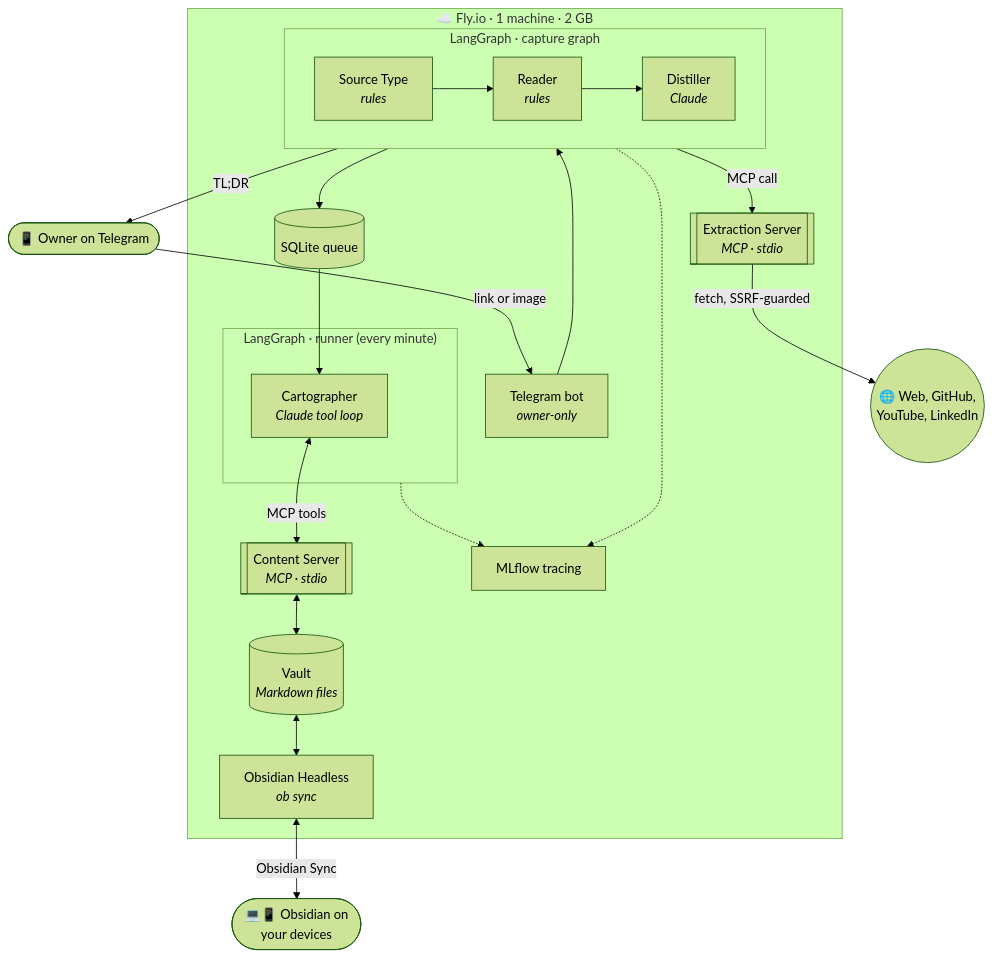
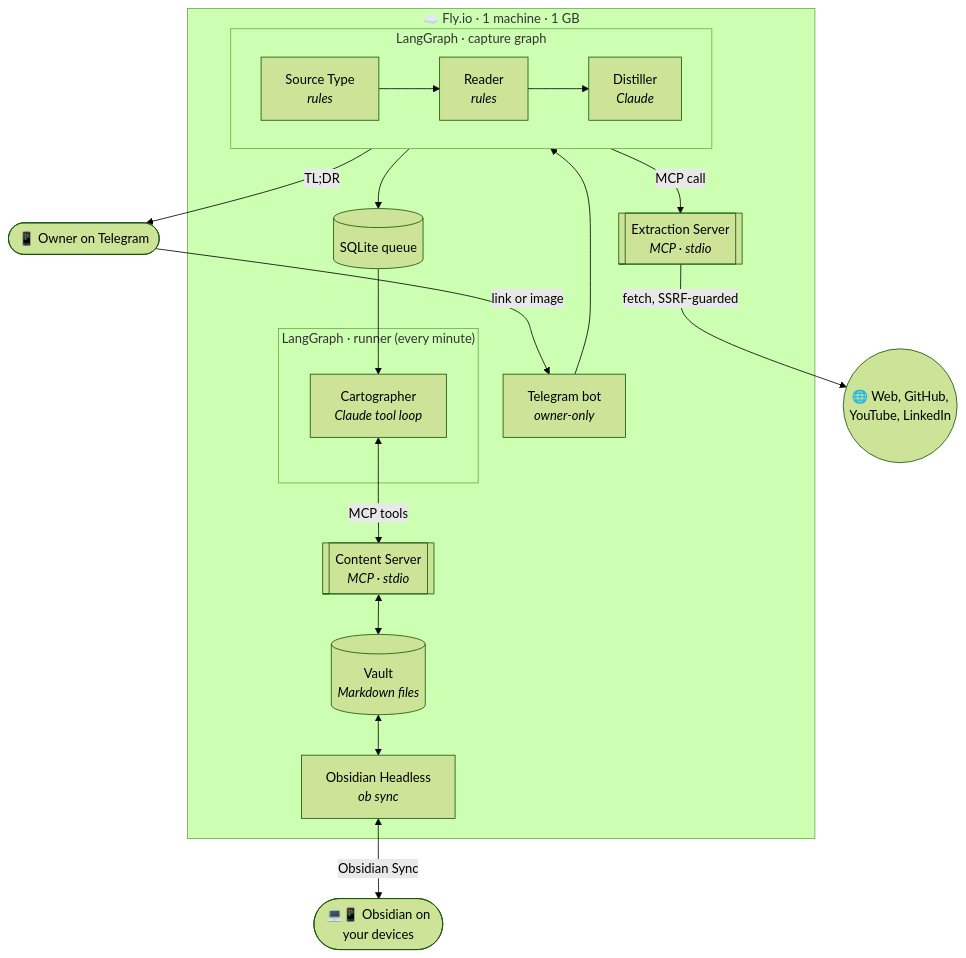
Before and after one commit to Joanna-Khek/synthora: the second of 4 diagrams in README.md, drawn with Mermaid (forest theme). The commit also changed other lines of this file and 5 other files, not shown here.

````diff
--- a/README.md
+++ b/README.md
@@ -61,37 +61,34 @@
 ```mermaid
 flowchart TB
     user(["📱 Owner on Telegram"])
     web(("🌐 Web, GitHub,<br/>YouTube, LinkedIn"))
 
-    subgraph fly["☁️ Fly.io · 1 machine · 2 GB"]
+    subgraph fly["☁️ Fly.io · 1 machine · 1 GB"]
         bot["Telegram bot<br/><i>owner-only</i>"]
 
         subgraph sg["LangGraph · capture graph"]
             direction LR
             type["Source Type<br/><i>rules</i>"] --> reader["Reader<br/><i>rules</i>"] --> distiller["Distiller<br/><i>Claude</i>"]
         end
 
         extraction[["Extraction Server<br/><i>MCP · stdio</i>"]]
         queue[("SQLite queue")]
 
         subgraph rg["LangGraph · runner (every minute)"]
             carto["Cartographer<br/><i>Claude tool loop</i>"]
         end
 
         content[["Content Server<br/><i>MCP · stdio</i>"]]
         vault[("Vault<br/><i>Markdown files</i>")]
         sync["Obsidian Headless<br/><i>ob sync</i>"]
-        mlflow["MLflow tracing"]
     end
 
     devices(["💻📱 Obsidian on<br/>your devices"])
 
     user -- "link or image" --> bot --> type
     reader -- "MCP call" --> extraction -- "fetch, SSRF-guarded" --> web
     distiller -- "TL;DR" --> user
     distiller --> queue --> carto
     carto <-- "MCP tools" --> content <--> vault
     vault <--> sync <-- "Obsidian Sync" --> devices
-    sg -.-> mlflow
-    rg -.-> mlflow
 ```
````
